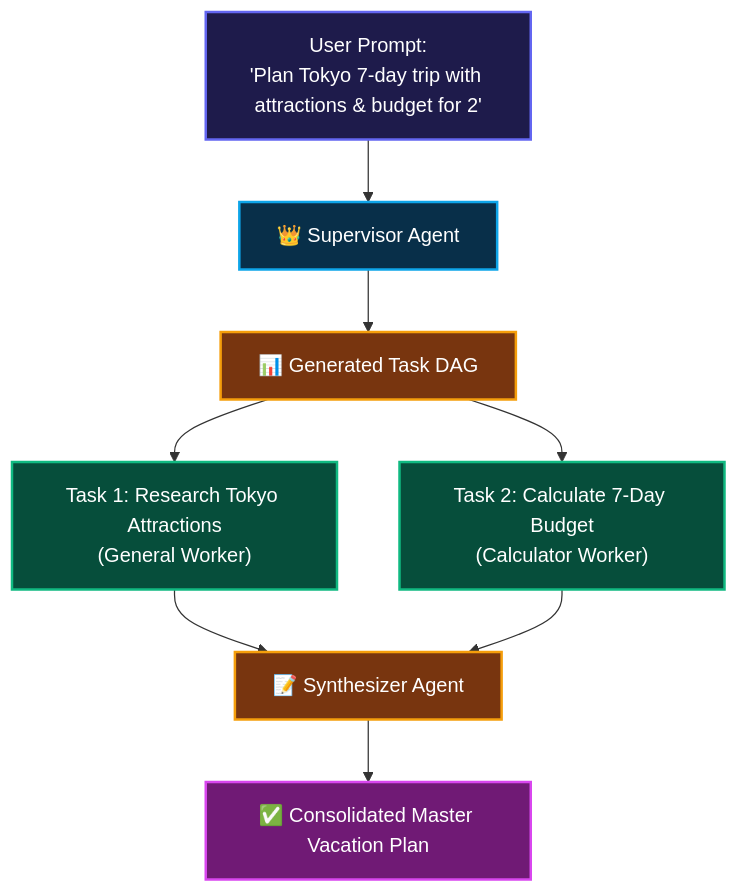
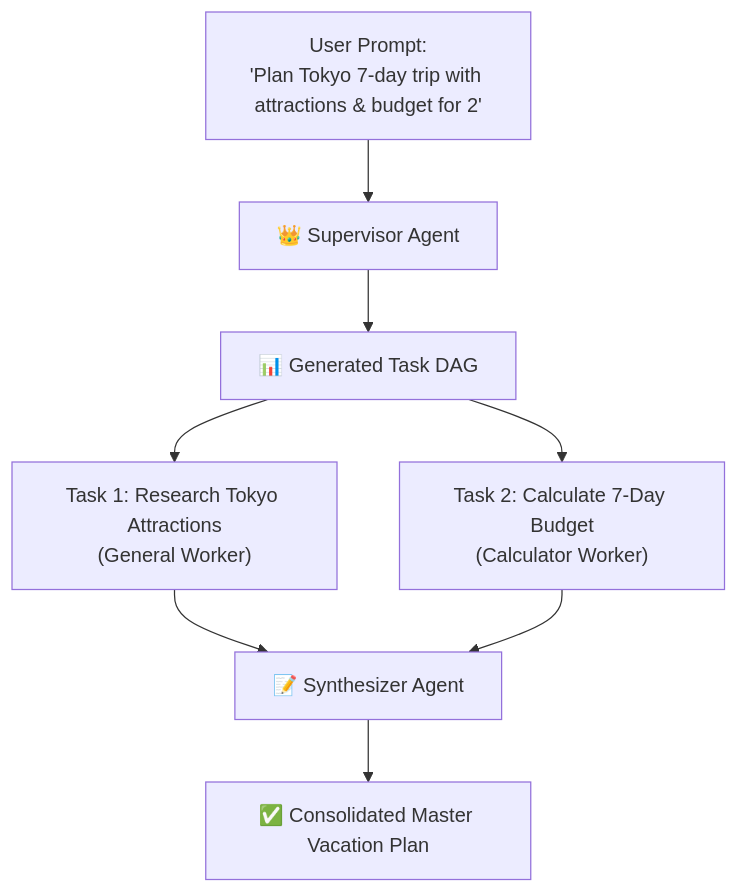
Before and after one commit to vdonthireddy/agentic-ai: the diagram in docs/09_multi_agent_orchestrator.md, drawn with Mermaid. The commit also changed other lines of this file and 25 other files, not shown here.

````diff
--- a/docs/09_multi_agent_orchestrator.md
+++ b/docs/09_multi_agent_orchestrator.md
@@ -42,25 +52,19 @@
 ```mermaid
 flowchart TD
     User["User Prompt:\n'Plan Tokyo 7-day trip with attractions & budget for 2'"] --> Sup["👑 Supervisor Agent"]
     
     Sup --> DAG["📊 Generated Task DAG"]
     DAG --> T1["Task 1: Research Tokyo Attractions\n(General Worker)"]
     DAG --> T2["Task 2: Calculate 7-Day Budget\n(Calculator Worker)"]
     
     T1 --> Synth["📝 Synthesizer Agent"]
     T2 --> Synth
     
     Synth --> Out["✅ Consolidated Master Vacation Plan"]
 
     classDef cIndigo fill:#1e1b4b,stroke:#6366f1,stroke-width:2px,color:#fff;
     classDef cCyan fill:#082f49,stroke:#0ea5e9,stroke-width:2px,color:#fff;
     classDef cEmerald fill:#064e3b,stroke:#10b981,stroke-width:2px,color:#fff;
     classDef cAmber fill:#78350f,stroke:#f59e0b,stroke-width:2px,color:#fff;
     classDef cFuchsia fill:#701a75,stroke:#d946ef,stroke-width:2px,color:#fff;
-
-    class User cIndigo;
-    class Sup cCyan;
-    class DAG,Synth cAmber;
-    class T1,T2 cEmerald;
-    class Out cFuchsia;
 ```
````
